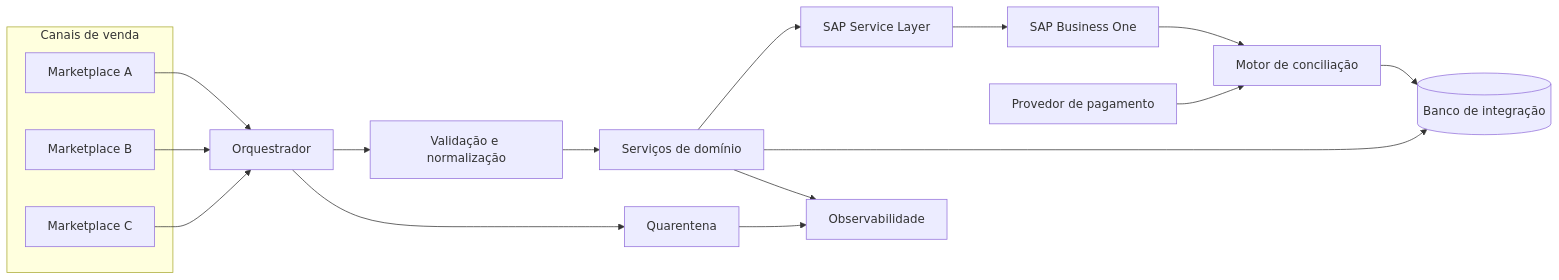
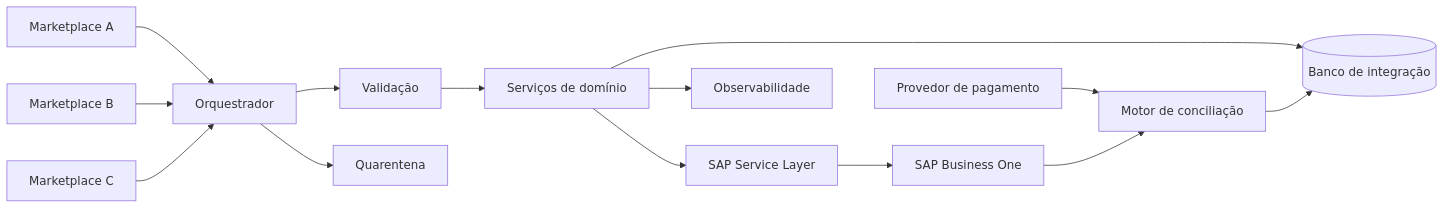
The diagram in README.md (rmota13/sap-business-one-integration-platform), drawn with Mermaid before and after one commit. The commit also changed other lines of this file, not shown here.

````diff
--- a/README.md
+++ b/README.md
@@ -76,22 +60,16 @@
 ```mermaid
 flowchart LR
-    subgraph Channels[Canais de venda]
-        A[Marketplace A]
-        B[Marketplace B]
-        C[Marketplace C]
-    end
-    A --> O[Orquestrador]
-    B --> O
-    C --> O
-    O --> V[Validação e normalização]
+    A[Marketplace A] --> O[Orquestrador]
+    B[Marketplace B] --> O
+    C[Marketplace C] --> O
+    O --> V[Validação]
     V --> D[Serviços de domínio]
     D --> SL[SAP Service Layer]
     SL --> ERP[SAP Business One]
     D --> DB[(Banco de integração)]
     O --> Q[Quarentena]
     D --> M[Observabilidade]
-    Q --> M
     P[Provedor de pagamento] --> R[Motor de conciliação]
     ERP --> R
     R --> DB
 ```
````
